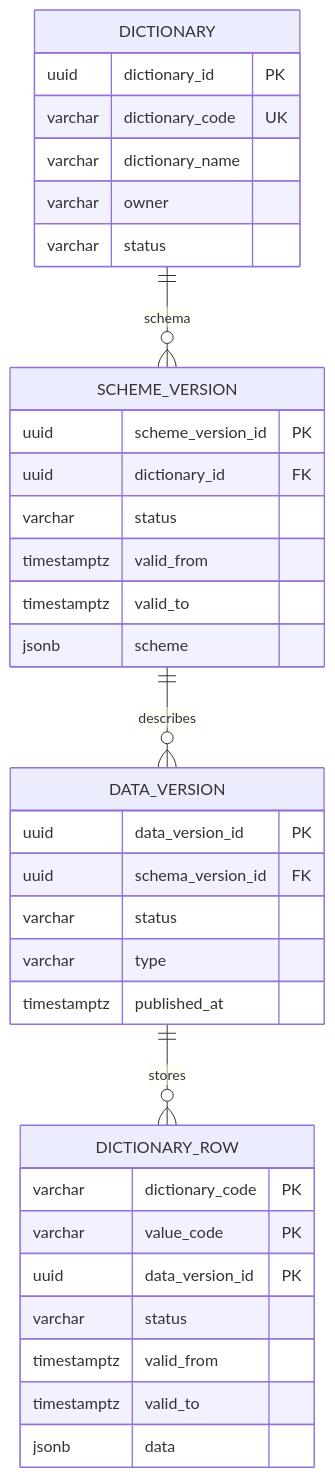
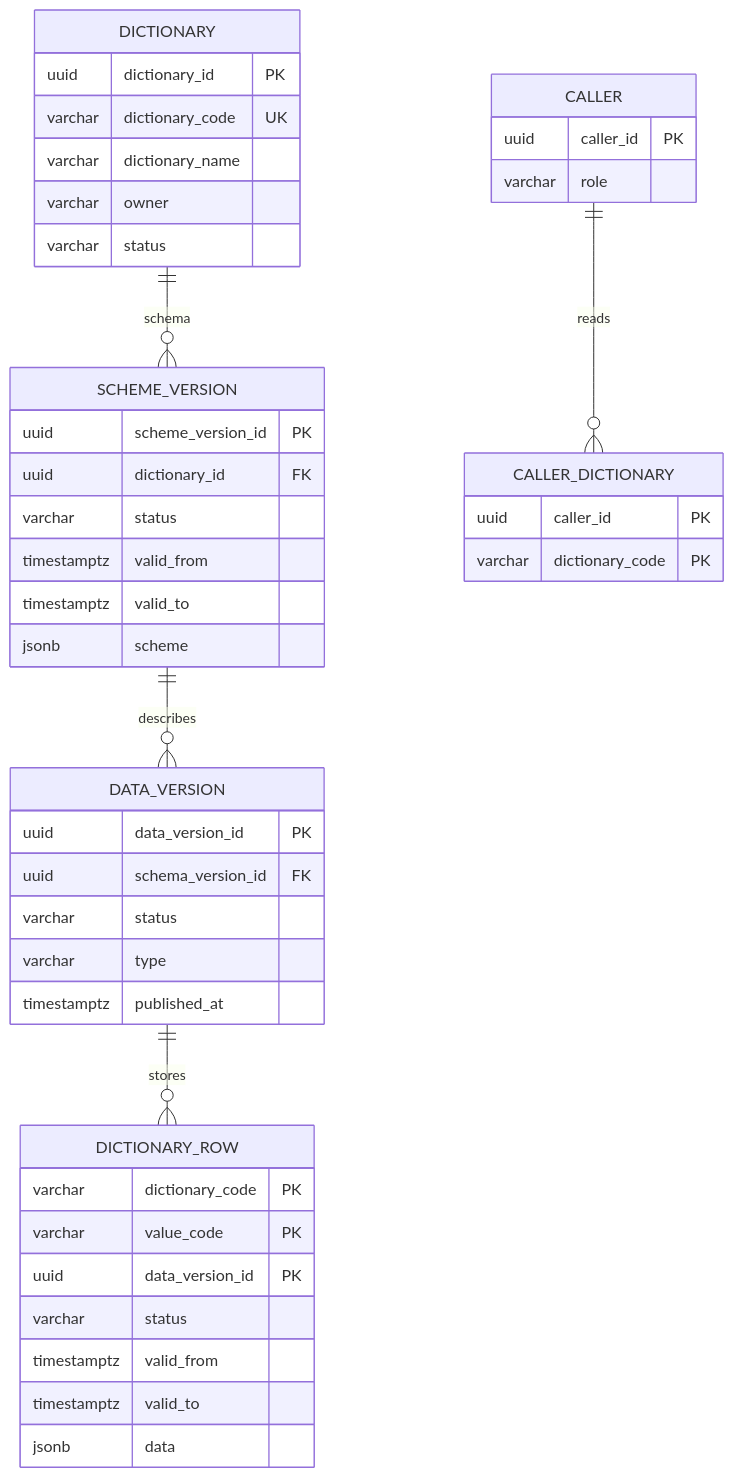
The diagram in docs/1. functional/specification/v3 - 1 таблица/DB.md (StrannikE95/reference_data), drawn with Mermaid before and after one commit. The commit also changed other lines of this file and 25 other files, not shown here.

````diff
--- a/docs/1. functional/specification/v3 - 1 таблица/DB.md
+++ b/docs/1. functional/specification/v3 - 1 таблица/DB.md
@@ -9,41 +9,52 @@
 ```mermaid
 erDiagram
     DICTIONARY ||--o{ SCHEME_VERSION : schema
     SCHEME_VERSION ||--o{ DATA_VERSION : describes
     DATA_VERSION ||--o{ DICTIONARY_ROW : stores
+    CALLER ||--o{ CALLER_DICTIONARY : reads
 
     DICTIONARY {
         uuid dictionary_id PK
         varchar dictionary_code UK
         varchar dictionary_name
         varchar owner
         varchar status
     }
 
     SCHEME_VERSION {
         uuid scheme_version_id PK
         uuid dictionary_id FK
         varchar status
         timestamptz valid_from
         timestamptz valid_to
         jsonb scheme
     }
 
     DATA_VERSION {
         uuid data_version_id PK
         uuid schema_version_id FK
         varchar status
         varchar type
         timestamptz published_at
     }
 
     DICTIONARY_ROW {
         varchar dictionary_code PK
         varchar value_code PK
         uuid data_version_id PK
         varchar status
         timestamptz valid_from
         timestamptz valid_to
         jsonb data
     }
+
+    CALLER {
+        uuid caller_id PK
+        varchar role
+    }
+
+    CALLER_DICTIONARY {
+        uuid caller_id PK
+        varchar dictionary_code PK
+    }
 ```
````
